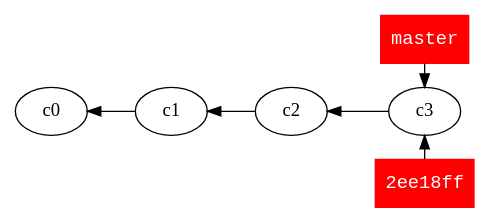
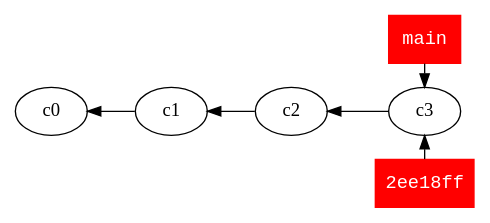
The fourth of 4 diagrams in documentation/source/git-uso-basico.rst (fraya/Git-taller), drawn with Graphviz before and after one commit. The commit also changed other lines of this file, not shown here.

Commit message:
Replace 'master' for 'main"

```diff
--- a/documentation/source/git-uso-basico.rst
+++ b/documentation/source/git-uso-basico.rst
@@ -879,25 +879,25 @@
 .. graphviz::
-   :caption: Rama master tras commit ``2ee18ff``
+   :caption: Rama main tras commit ``2ee18ff``
    :align: center
 
    digraph G {
 	    rankdir="RL";
 	    splines=line;
 
 	    c3 -> c2 -> c1 -> c0
 
 	    {
 	      rank=same;
 	      node [
 		    style=filled,
 		    color=red,
 		    fillcolor=red,
 		    shape=rectangle,
 		    fontname=monospace,
 		    fontcolor=white
 	      ]
 
 		c3 -> "2ee18ff" [dir=back]
-		master -> c3
+		main -> c3
 	    }
    }
```
